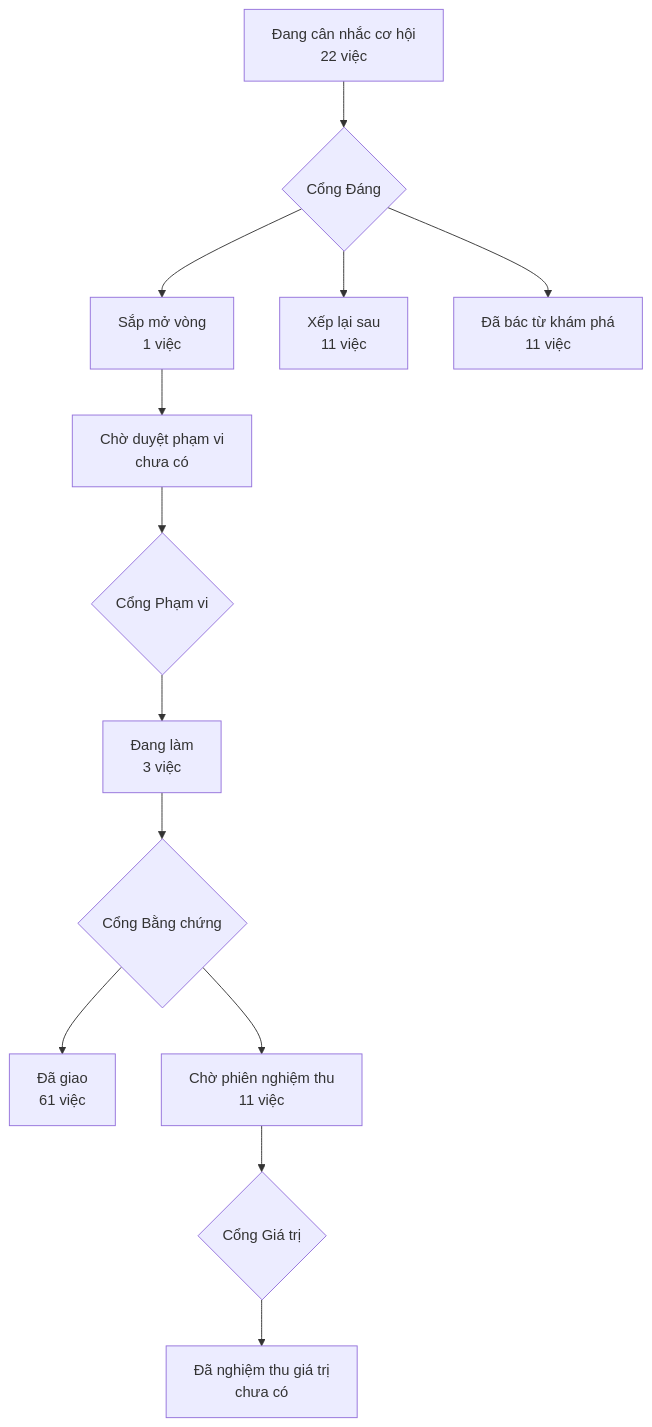
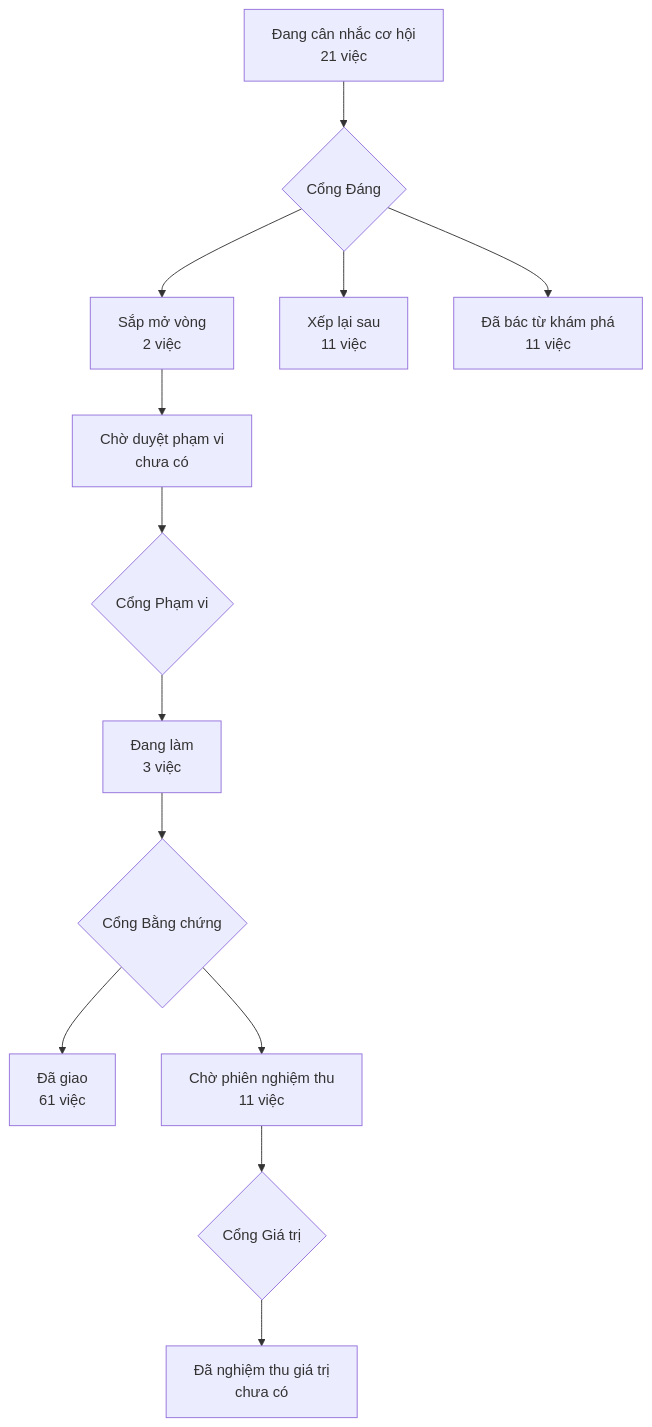
The diagram in PRODUCT-MAP.md (phanlemanh/acceptance-gate-kit), drawn with Mermaid before and after one commit. The commit also changed 1 other file, not shown here.

Commit message:
Cổng Đáng: phep-do-o-doc-lap-thuoc-co-cua — build, vá-trong-mốc ở cửa sổ 2.16 → 2.17 (Mạnh)
Owner chọn một chạm; máy ghi hộ stage/decision/decided_by/decided_at, gỡ tiền tố
đề xuất ở mục ngưỡng, timebox ghi rõ cửa sổ (không làm ở 2.15 → 2.16 — luật b).

````diff
--- a/PRODUCT-MAP.md
+++ b/PRODUCT-MAP.md
@@ -6,12 +6,12 @@
 ```mermaid
 flowchart TD
-  A["Đang cân nhắc cơ hội<br/>22 việc"] --> GD{"Cổng Đáng"}
-  GD --> B["Sắp mở vòng<br/>1 việc"]
+  A["Đang cân nhắc cơ hội<br/>21 việc"] --> GD{"Cổng Đáng"}
+  GD --> B["Sắp mở vòng<br/>2 việc"]
   GD --> XL["Xếp lại sau<br/>11 việc"]
   GD --> DB["Đã bác từ khám phá<br/>11 việc"]
   B --> CD["Chờ duyệt phạm vi<br/>chưa có"] --> GP{"Cổng Phạm vi"}
   GP --> DL["Đang làm<br/>3 việc"] --> GB{"Cổng Bằng chứng"}
   GB --> DG["Đã giao<br/>61 việc"]
   GB --> CN["Chờ phiên nghiệm thu<br/>11 việc"] --> GG{"Cổng Giá trị"}
   GG --> NT["Đã nghiệm thu giá trị<br/>chưa có"]
 ```
````
